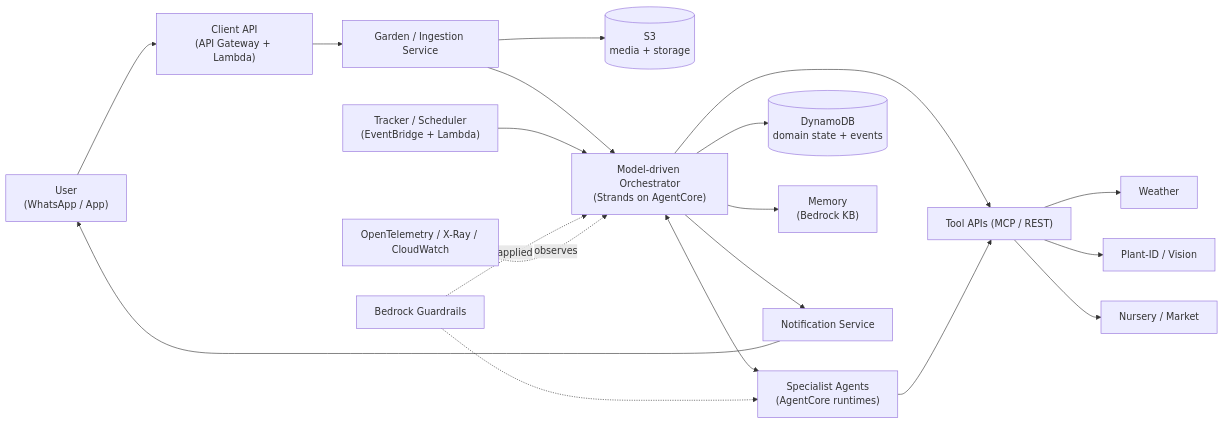
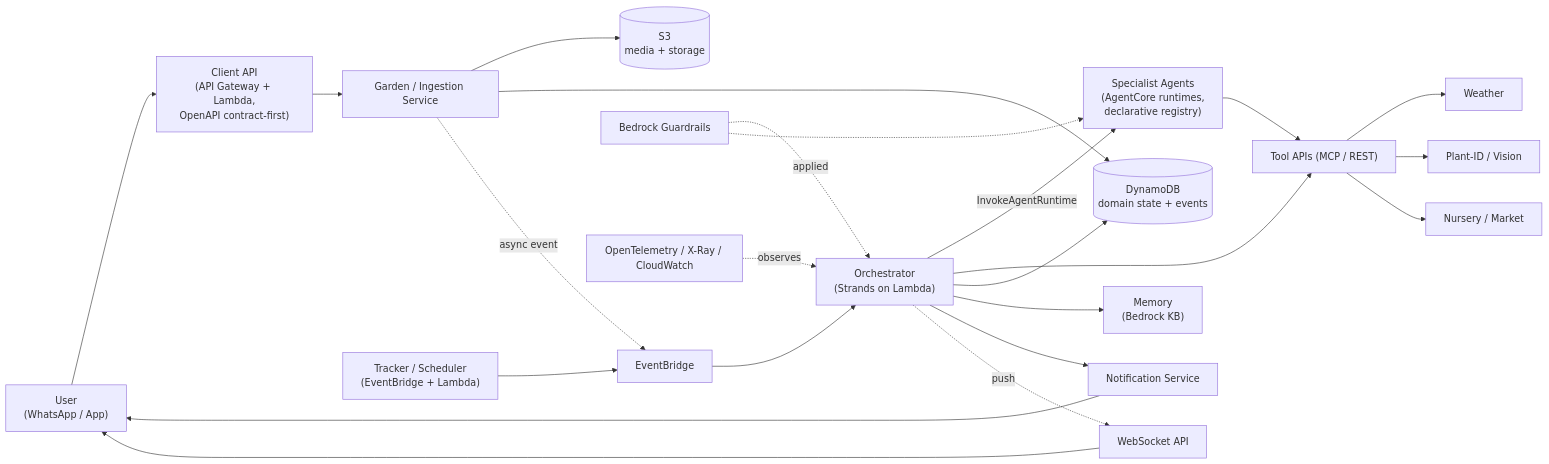
Before and after one commit to prashant-baj/tendril: the third of 9 diagrams in docs/architecture/architecture.md, drawn with Mermaid. The commit also changed other lines of this file and 7 other files, not shown here.

Commit message:
docs: update architecture ADRs to reflect new async orchestrator design and declarative agent registry; add OpenAPI contract for Client API

````diff
--- a/docs/architecture/architecture.md
+++ b/docs/architecture/architecture.md
@@ -54,21 +63,25 @@
 ```mermaid
 flowchart LR
-  U["User<br/>(WhatsApp / App)"] --> API["Client API<br/>(API Gateway + Lambda)"]
+  U["User<br/>(WhatsApp / App)"] --> API["Client API<br/>(API Gateway + Lambda,<br/>OpenAPI contract-first)"]
   API --> ING["Garden / Ingestion Service"]
   ING --> S3[("S3<br/>media + storage")]
-  ING --> ORCH["Model-driven Orchestrator<br/>(Strands on AgentCore)"]
-  ORCH <--> SPEC["Specialist Agents<br/>(AgentCore runtimes)"]
+  ING --> DDB[("DynamoDB<br/>domain state + events")]
+  ING -. async event .-> EB["EventBridge"]
+  EB --> ORCH["Orchestrator<br/>(Strands on Lambda)"]
+  ORCH -->|InvokeAgentRuntime| SPEC["Specialist Agents<br/>(AgentCore runtimes,<br/>declarative registry)"]
   ORCH --> TOOLS["Tool APIs (MCP / REST)"]
   SPEC --> TOOLS
   TOOLS --> WX["Weather"]
   TOOLS --> VIS["Plant-ID / Vision"]
   TOOLS --> MKT["Nursery / Market"]
-  ORCH --> DDB[("DynamoDB<br/>domain state + events")]
+  ORCH --> DDB
   ORCH --> MEM["Memory<br/>(Bedrock KB)"]
-  SCHED["Tracker / Scheduler<br/>(EventBridge + Lambda)"] --> ORCH
+  SCHED["Tracker / Scheduler<br/>(EventBridge + Lambda)"] --> EB
   ORCH --> NOTIF["Notification Service"]
   NOTIF --> U
+  ORCH -. push .-> WS["WebSocket API"]
+  WS --> U
   GRD["Bedrock Guardrails"] -. applied .-> ORCH
   GRD -.-> SPEC
   OTEL["OpenTelemetry / X-Ray / CloudWatch"] -. observes .-> ORCH
 ```
````
